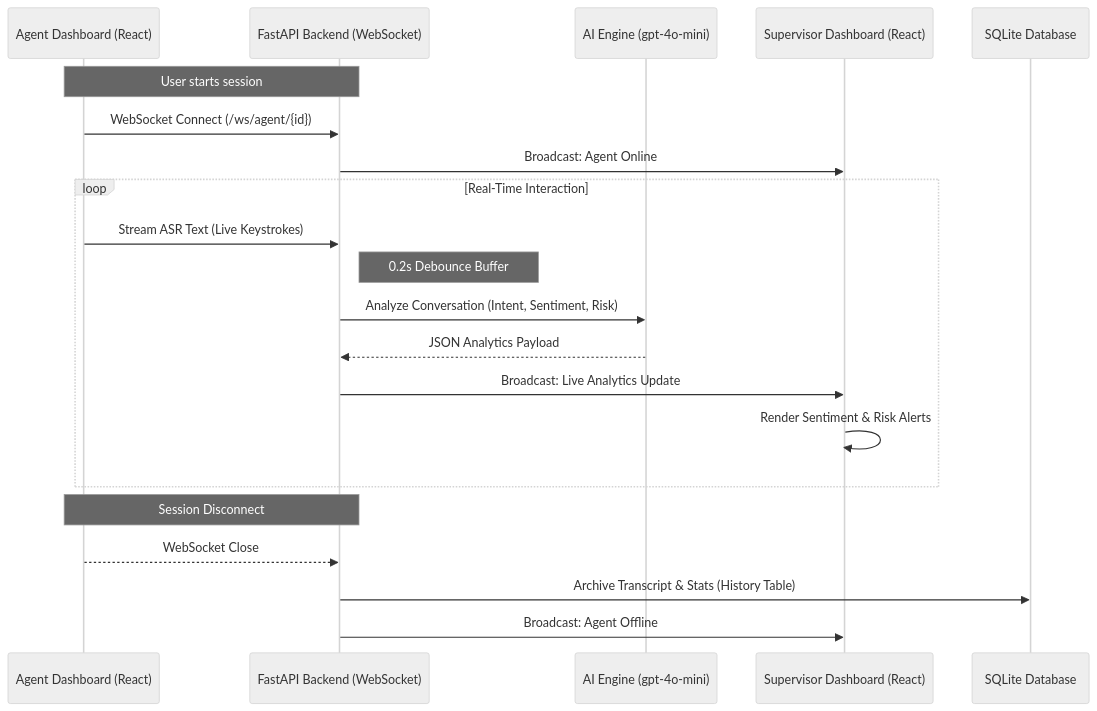
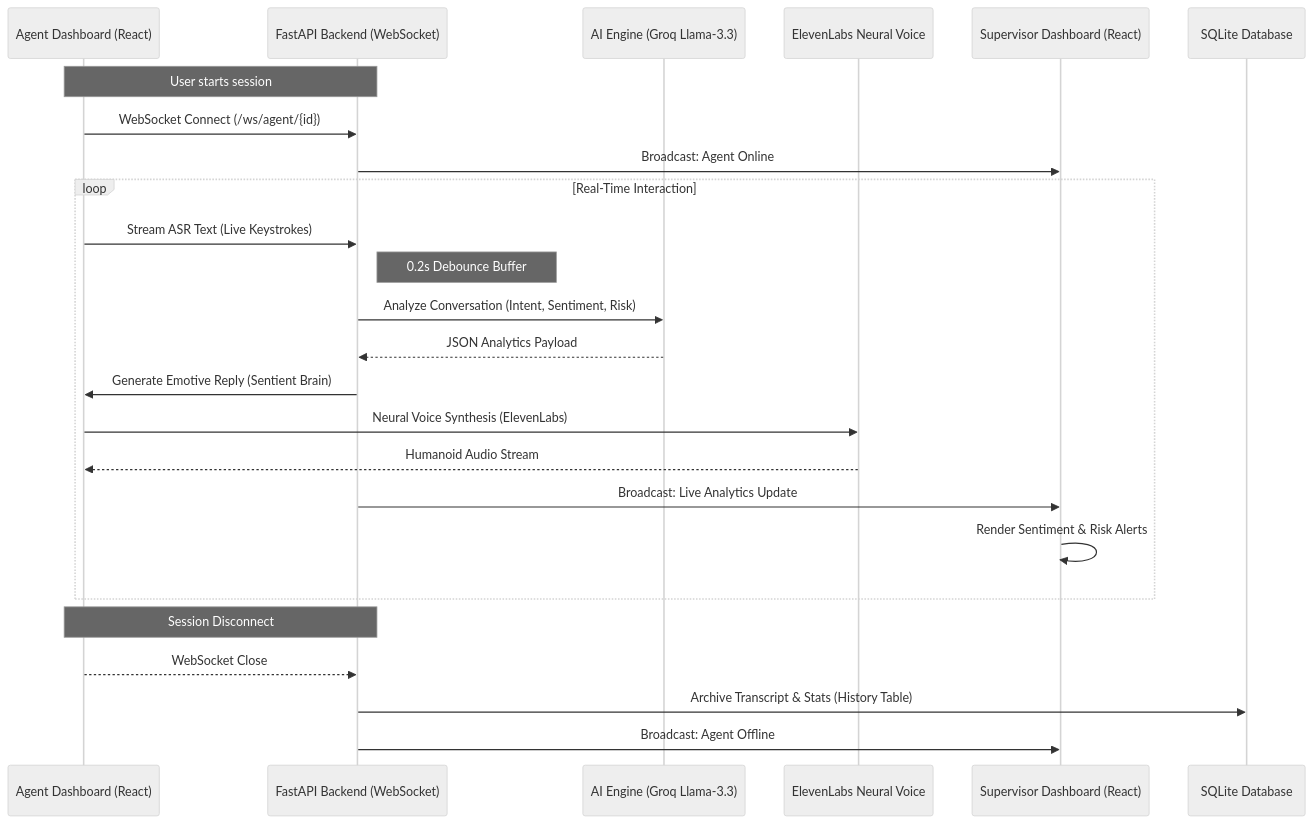
The diagram in README.md (tonyboss365/awetales-sentinel), drawn with Mermaid (neutral theme) before and after one commit. The commit also changed other lines of this file and 16 other files, not shown here.

````diff
--- a/README.md
+++ b/README.md
@@ -14,26 +14,32 @@
 ```mermaid
 sequenceDiagram
     participant A as Agent Dashboard (React)
     participant B as FastAPI Backend (WebSocket)
-    participant AI as AI Engine (gpt-4o-mini)
+    participant AI as AI Engine (Groq Llama-3.3)
+    participant TTS as ElevenLabs Neural Voice
     participant S as Supervisor Dashboard (React)
     participant DB as SQLite Database
+
 
     Note over A,B: User starts session
     A->>B: WebSocket Connect (/ws/agent/{id})
     B->>S: Broadcast: Agent Online
 
     loop Real-Time Interaction
         A->>B: Stream ASR Text (Live Keystrokes)
         Note right of B: 0.2s Debounce Buffer
         B->>AI: Analyze Conversation (Intent, Sentiment, Risk)
         AI-->>B: JSON Analytics Payload
+        B->>A: Generate Emotive Reply (Sentient Brain)
+        A->>TTS: Neural Voice Synthesis (ElevenLabs)
+        TTS-->>A: Humanoid Audio Stream
         B->>S: Broadcast: Live Analytics Update
         S->>S: Render Sentiment & Risk Alerts
+
     end
 
     Note over A,B: Session Disconnect
     A-->>B: WebSocket Close
     B->>DB: Archive Transcript & Stats (History Table)
     B->>S: Broadcast: Agent Offline
 ```
````
